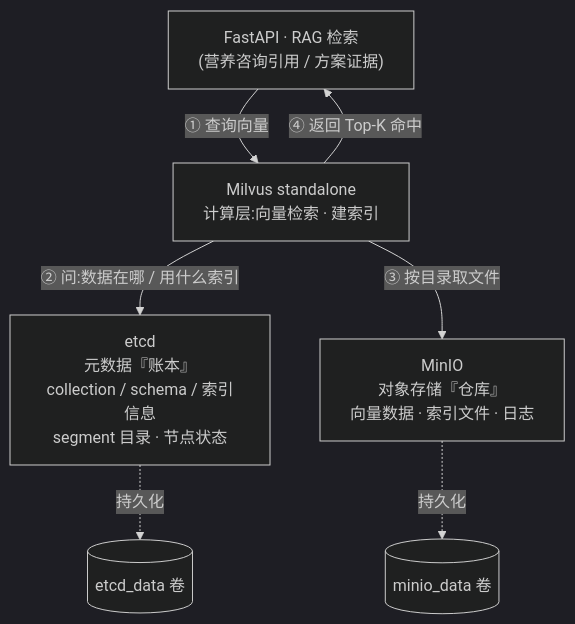
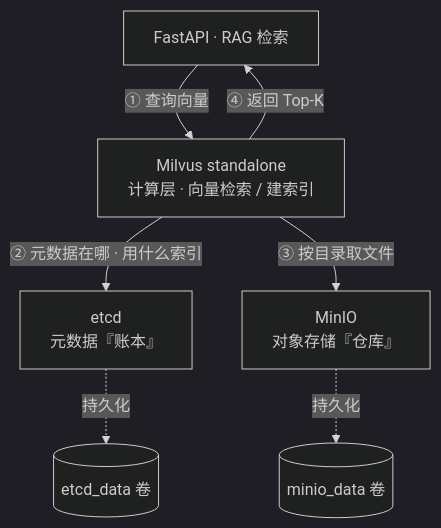
One commit to Mrduan-cloud/NutriCore changed the diagram in docs/architecture.md. Above: the diagram before and after it, drawn with Mermaid (dark theme). The commit also changed other lines of this file, not shown here.

Commit message:
docs(architecture): fix Milvus diagram node overflow
Long mixed Latin+CJK label lines (e.g. "collection / schema / 索引信息")
overflowed the node box because Mermaid mis-measures CJK width. Keep node
labels to a short role line; the per-component "stores what" detail stays
in the table below the diagram.

````diff
--- a/docs/architecture.md
+++ b/docs/architecture.md
@@ -96,15 +96,17 @@
 ```mermaid
 flowchart TB
-    API["FastAPI · RAG 检索<br/>(营养咨询引用 / 方案证据)"]
-    M["Milvus standalone<br/>计算层:向量检索 · 建索引"]
-    ETCD["etcd<br/>元数据『账本』<br/>collection / schema / 索引信息<br/>segment 目录 · 节点状态"]
-    MINIO["MinIO<br/>对象存储『仓库』<br/>向量数据 · 索引文件 · 日志"]
+    API["FastAPI · RAG 检索"]
+    M["Milvus standalone<br/>计算层 · 向量检索 / 建索引"]
+    ETCD["etcd<br/>元数据『账本』"]
+    MINIO["MinIO<br/>对象存储『仓库』"]
+    EV[("etcd_data 卷")]
+    MV[("minio_data 卷")]
 
     API -->|"① 查询向量"| M
-    M -->|"② 问:数据在哪 / 用什么索引"| ETCD
+    M -->|"② 元数据在哪 · 用什么索引"| ETCD
     M -->|"③ 按目录取文件"| MINIO
-    M -->|"④ 返回 Top-K 命中"| API
+    M -->|"④ 返回 Top-K"| API
 
-    ETCD -.持久化.-> EV[("etcd_data 卷")]
-    MINIO -.持久化.-> MV[("minio_data 卷")]
+    ETCD -.持久化.-> EV
+    MINIO -.持久化.-> MV
 ```
````
